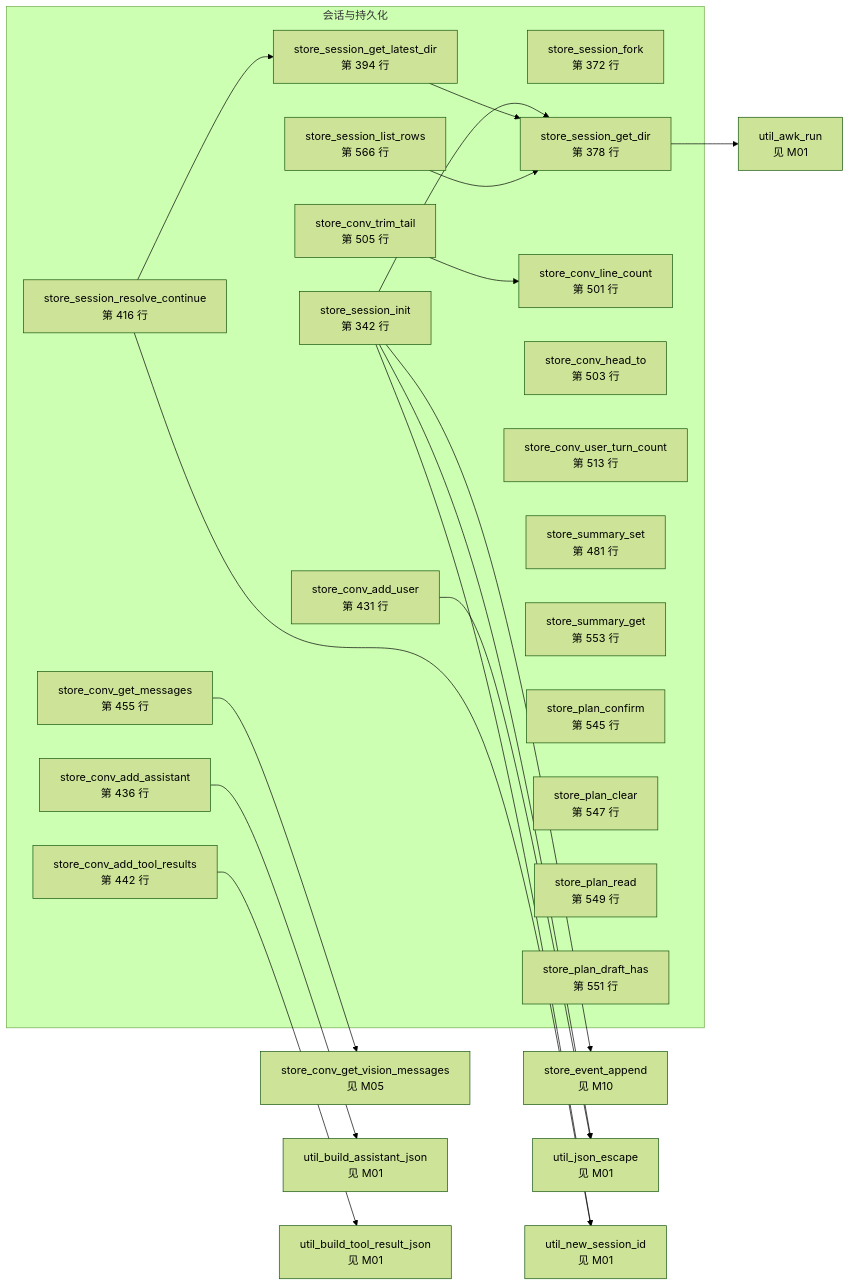
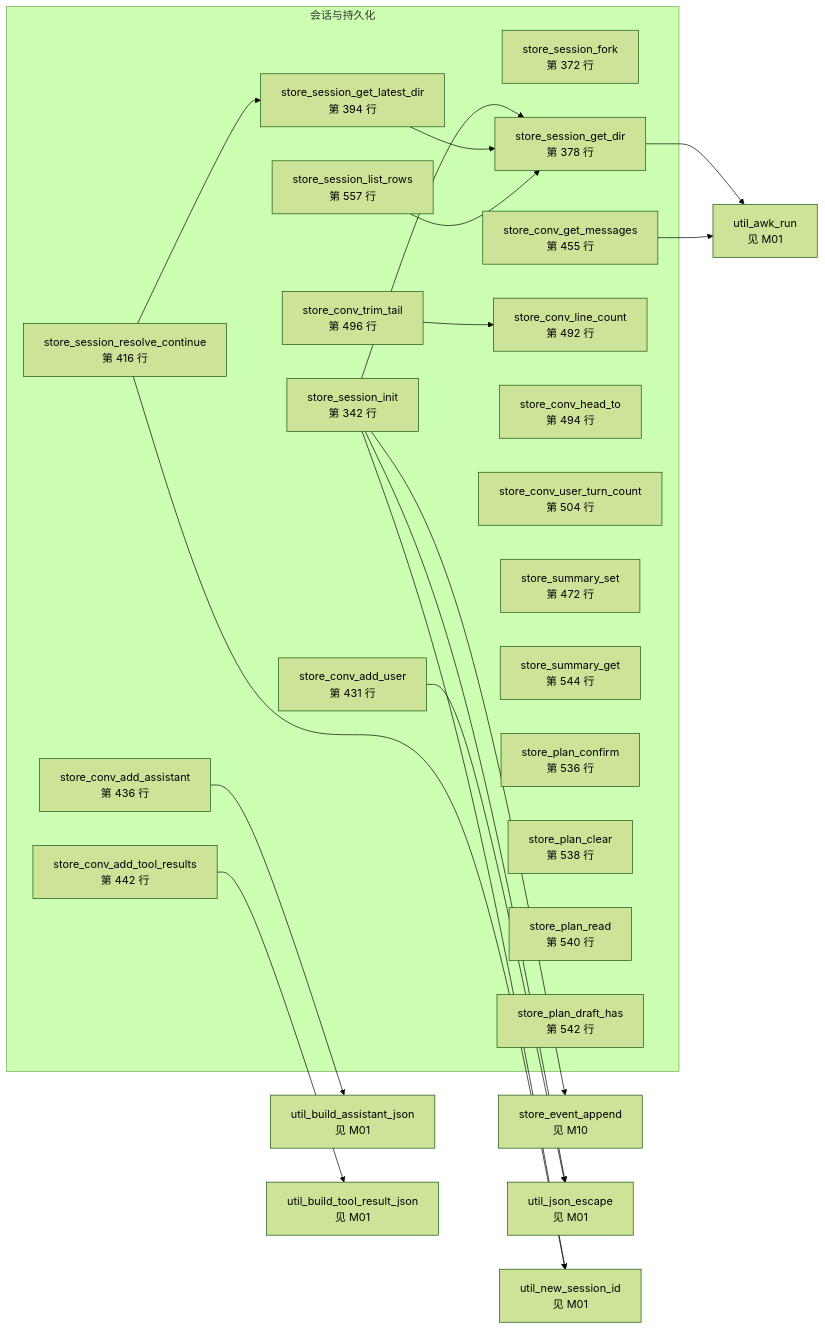
One commit to lloydzhou/bash-agent changed the fifth of 15 diagrams in docs/bash-data-flow.md. Above: the diagram before and after it, drawn with Mermaid (forest theme). The commit also changed other lines of this file and 2 other files, not shown here.

First line of the commit message:
refactor: store_conv_get_messages 统一文件路径接口

````diff
--- a/docs/bash-data-flow.md
+++ b/docs/bash-data-flow.md
@@ -172,46 +172,45 @@
 ```mermaid
 flowchart LR
   subgraph mod_3["会话与持久化"]
     f_store_session_init["store_session_init<br/>第 342 行"]
     f_store_session_fork["store_session_fork<br/>第 372 行"]
     f_store_session_get_dir["store_session_get_dir<br/>第 378 行"]
     f_store_session_get_latest_dir["store_session_get_latest_dir<br/>第 394 行"]
     f_store_session_resolve_continue["store_session_resolve_continue<br/>第 416 行"]
     f_store_conv_add_user["store_conv_add_user<br/>第 431 行"]
     f_store_conv_add_assistant["store_conv_add_assistant<br/>第 436 行"]
     f_store_conv_add_tool_results["store_conv_add_tool_results<br/>第 442 行"]
     f_store_conv_get_messages["store_conv_get_messages<br/>第 455 行"]
-    f_store_conv_line_count["store_conv_line_count<br/>第 501 行"]
-    f_store_conv_head_to["store_conv_head_to<br/>第 503 行"]
-    f_store_conv_trim_tail["store_conv_trim_tail<br/>第 505 行"]
-    f_store_conv_user_turn_count["store_conv_user_turn_count<br/>第 513 行"]
-    f_store_summary_set["store_summary_set<br/>第 481 行"]
-    f_store_summary_get["store_summary_get<br/>第 553 行"]
-    f_store_plan_confirm["store_plan_confirm<br/>第 545 行"]
-    f_store_plan_clear["store_plan_clear<br/>第 547 行"]
-    f_store_plan_read["store_plan_read<br/>第 549 行"]
-    f_store_plan_draft_has["store_plan_draft_has<br/>第 551 行"]
-    f_store_session_list_rows["store_session_list_rows<br/>第 566 行"]
+    f_store_conv_line_count["store_conv_line_count<br/>第 492 行"]
+    f_store_conv_head_to["store_conv_head_to<br/>第 494 行"]
+    f_store_conv_trim_tail["store_conv_trim_tail<br/>第 496 行"]
+    f_store_conv_user_turn_count["store_conv_user_turn_count<br/>第 504 行"]
+    f_store_summary_set["store_summary_set<br/>第 472 行"]
+    f_store_summary_get["store_summary_get<br/>第 544 行"]
+    f_store_plan_confirm["store_plan_confirm<br/>第 536 行"]
+    f_store_plan_clear["store_plan_clear<br/>第 538 行"]
+    f_store_plan_read["store_plan_read<br/>第 540 行"]
+    f_store_plan_draft_has["store_plan_draft_has<br/>第 542 行"]
+    f_store_session_list_rows["store_session_list_rows<br/>第 557 行"]
   end
-  f_store_conv_get_vision_messages["store_conv_get_vision_messages<br/>见 M05"]
   f_store_event_append["store_event_append<br/>见 M10"]
   f_util_awk_run["util_awk_run<br/>见 M01"]
   f_util_build_assistant_json["util_build_assistant_json<br/>见 M01"]
   f_util_build_tool_result_json["util_build_tool_result_json<br/>见 M01"]
   f_util_json_escape["util_json_escape<br/>见 M01"]
   f_util_new_session_id["util_new_session_id<br/>见 M01"]
   f_store_session_init --> f_util_new_session_id
   f_store_session_init --> f_store_session_get_dir
   f_store_session_init --> f_store_event_append
   f_store_session_init --> f_util_json_escape
   f_store_session_get_dir --> f_util_awk_run
   f_store_session_get_latest_dir --> f_store_session_get_dir
   f_store_session_resolve_continue --> f_store_session_get_latest_dir
   f_store_session_resolve_continue --> f_util_new_session_id
   f_store_session_list_rows --> f_store_session_get_dir
   f_store_conv_add_user --> f_util_json_escape
   f_store_conv_add_assistant --> f_util_build_assistant_json
   f_store_conv_add_tool_results --> f_util_build_tool_result_json
-  f_store_conv_get_messages --> f_store_conv_get_vision_messages
+  f_store_conv_get_messages --> f_util_awk_run
   f_store_conv_trim_tail --> f_store_conv_line_count
 ```
````
